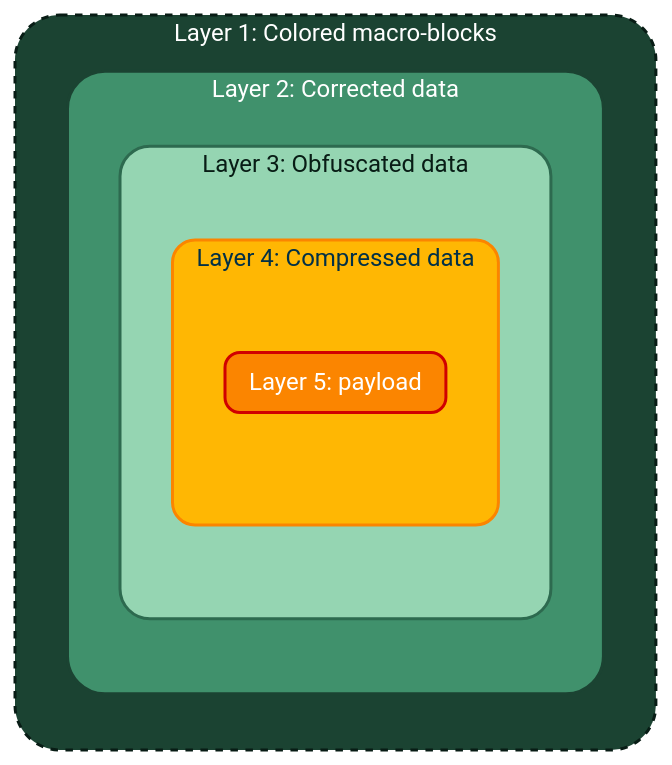
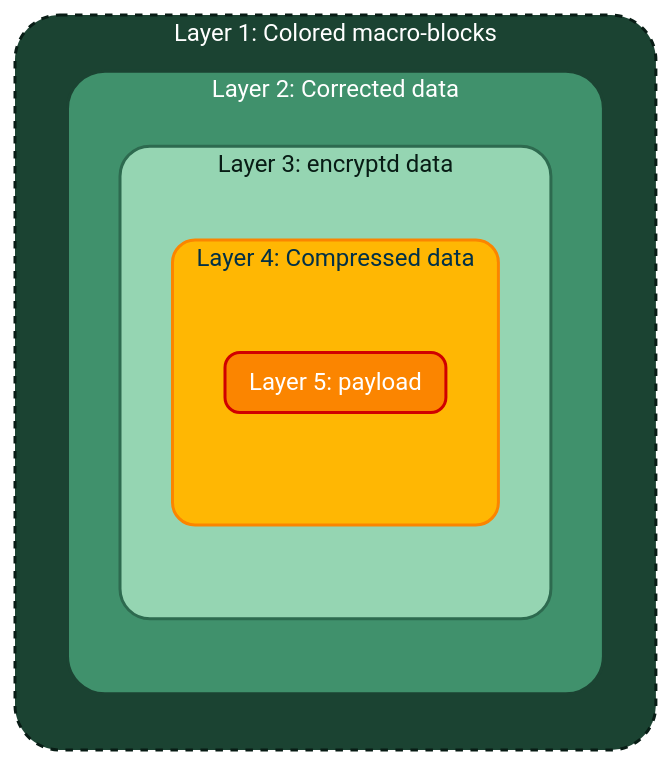
The diagram in docs/README.md (libera-cifero/Korra), drawn with Mermaid before and after one commit. The commit also changed 14 other files, not shown here.

````diff
--- a/docs/README.md
+++ b/docs/README.md
@@ -10,24 +10,24 @@
 ```mermaid
 flowchart TB
     subgraph Layer1 ["Layer 1: Colored macro-blocks"]
         direction TB
         subgraph Layer2 ["Layer 2: Corrected data"]
             direction TB
-            subgraph Layer3 ["Layer 3: Obfuscated data"]
+            subgraph Layer3 ["Layer 3: encryptd data"]
                 direction TB
                 subgraph Layer4 ["Layer 4: Compressed data"]
                     direction TB
                     subgraph Layer5 ["Layer 5: payload"]
 
                     end
                 end
             end
         end
     end
 
     style Layer1 fill:#1b4332,stroke:#081c15,stroke-width:2px,stroke-dasharray: 5 5,color:#ffffff,rx:30,ry:30
     style Layer2 fill:#40916c,stroke:#1b4332,stroke-width:2px,color:#ffffff,rx:25,ry:25
     style Layer3 fill:#95d5b2,stroke:#2d6a4f,stroke-width:2px,color:#081c15,rx:20,ry:20
     style Layer4 fill:#ffb703,stroke:#fb8500,stroke-width:2px,color:#023047,rx:15,ry:15
     style Layer5 fill:#fb8500,stroke:#d00000,stroke-width:2px,color:#ffffff,rx:10,ry:10
 ```
````
